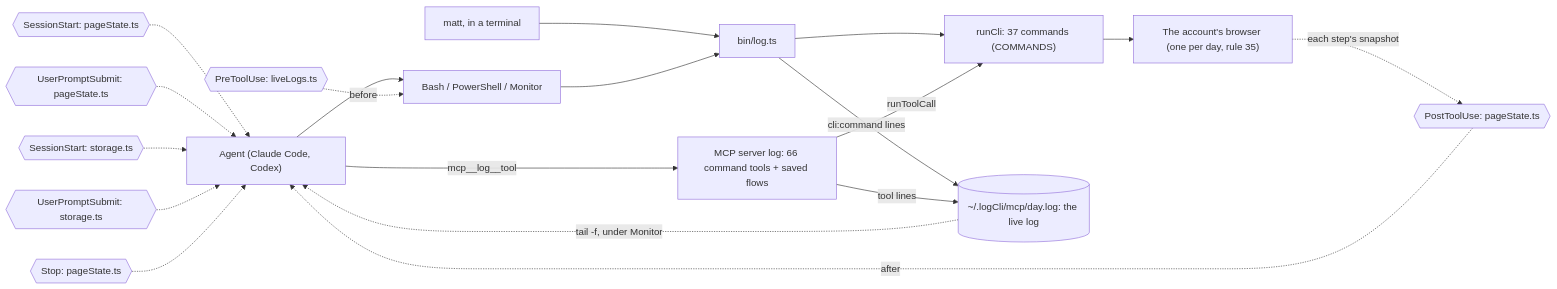
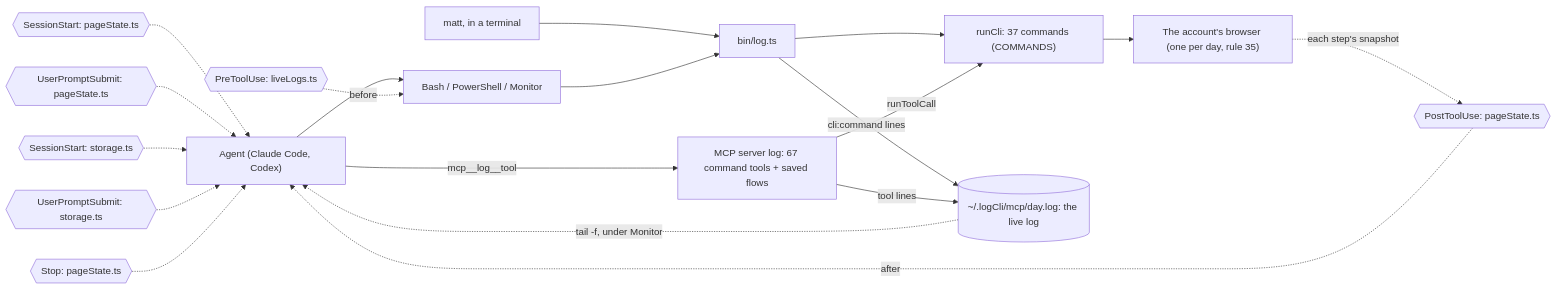
The second of 5 diagrams in README.md (matthewdonsemail-lab/log), drawn with Mermaid before and after one commit. The commit also changed other lines of this file and 53 other files, not shown here.

````diff
--- a/README.md
+++ b/README.md
@@ -128,29 +128,29 @@
 ```mermaid
 flowchart LR
   agent["Agent (Claude Code, Codex)"]
   matt["matt, in a terminal"]
   shell["Bash / PowerShell / Monitor"]
-  mcp["MCP server log: 66 command tools + saved flows"]
+  mcp["MCP server log: 67 command tools + saved flows"]
   bin["bin/log.ts"]
   runCli["runCli: 37 commands (COMMANDS)"]
   live[("~/.logCli/mcp/day.log: the live log")]
   browser["The account's browser (one per day, rule 35)"]
   agent --> shell
   matt --> bin
   shell --> bin
   agent -->|mcp__log__tool| mcp
   bin --> runCli
   mcp -->|runToolCall| runCli
   runCli --> browser
   bin -->|cli:command lines| live
   mcp -->|tool lines| live
   live -.->|tail -f, under Monitor| agent
   pre0{{"PreToolUse: liveLogs.ts"}} -.->|before| shell
   post0{{"PostToolUse: pageState.ts"}} -.->|after| agent
   turn0{{"SessionStart: pageState.ts"}} -.-> agent
   turn1{{"UserPromptSubmit: pageState.ts"}} -.-> agent
   turn2{{"SessionStart: storage.ts"}} -.-> agent
   turn3{{"UserPromptSubmit: storage.ts"}} -.-> agent
   turn4{{"Stop: pageState.ts"}} -.-> agent
   browser -.->|each step's snapshot| post0
 ```
````
